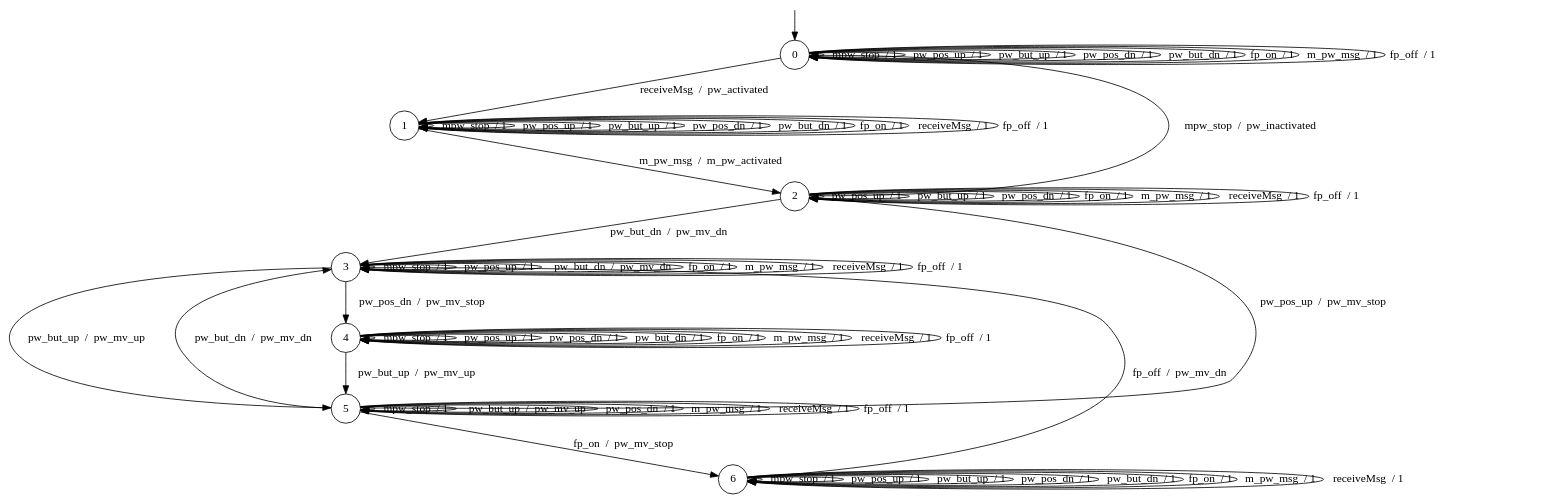
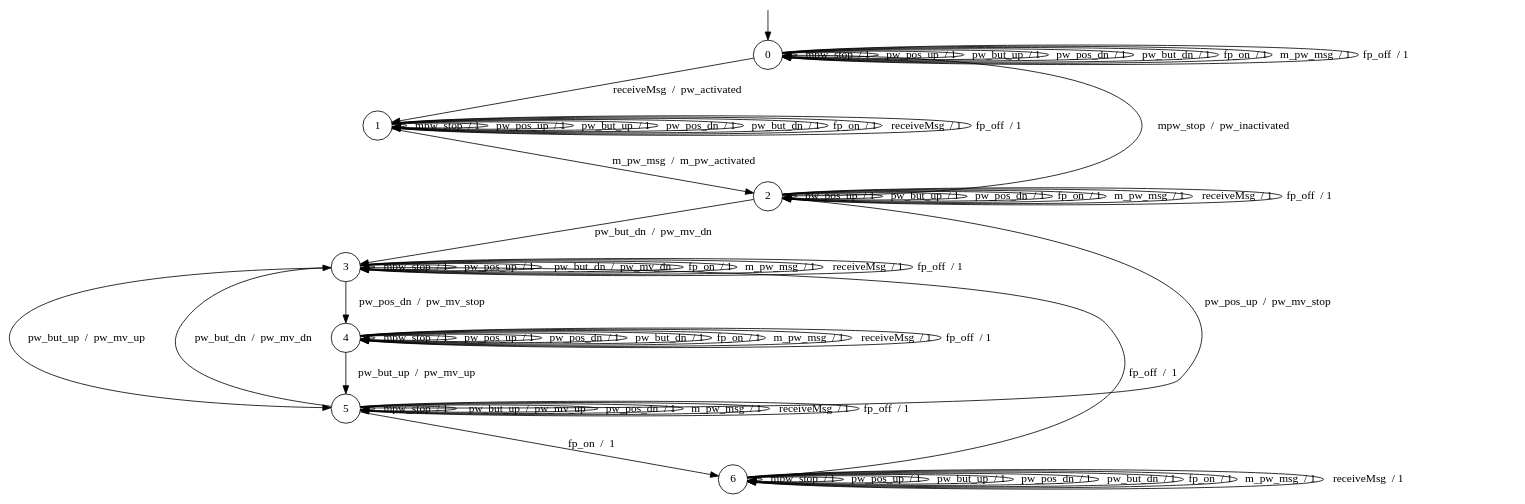
The diagram in Real-Tests/resources/Synchs/4/4_1_BCS_MPW.dot (AryanBastani/SCL-Star), drawn with Graphviz before and after one commit. The commit also changed 15 other files, not shown here.

```diff
--- a/Real-Tests/resources/Synchs/4/4_1_BCS_MPW.dot
+++ b/Real-Tests/resources/Synchs/4/4_1_BCS_MPW.dot
@@ -1,77 +1,77 @@
 digraph g {
 
 	s0 [shape="circle" label="0"];
 	s1 [shape="circle" label="1"];
 	s2 [shape="circle" label="2"];
 	s3 [shape="circle" label="3"];
 	s4 [shape="circle" label="4"];
 	s5 [shape="circle" label="5"];
 	s6 [shape="circle" label="6"];
 	s0 -> s0 [label="mpw_stop  / 1"];
 	s0 -> s0 [label="pw_pos_up  / 1"];
 	s0 -> s0 [label="pw_but_up  / 1"];
 	s0 -> s0 [label="pw_pos_dn  / 1"];
 	s0 -> s0 [label="pw_but_dn  / 1"];
 	s0 -> s0 [label="fp_on  / 1"];
 	s0 -> s0 [label="m_pw_msg  / 1"];
 	s0 -> s1 [label="receiveMsg  /  pw_activated"];
 	s0 -> s0 [label="fp_off  / 1"];
 	s1 -> s1 [label="mpw_stop  / 1"];
 	s1 -> s1 [label="pw_pos_up  / 1"];
 	s1 -> s1 [label="pw_but_up  / 1"];
 	s1 -> s1 [label="pw_pos_dn  / 1"];
 	s1 -> s1 [label="pw_but_dn  / 1"];
 	s1 -> s1 [label="fp_on  / 1"];
 	s1 -> s2 [label="m_pw_msg  /  m_pw_activated"];
 	s1 -> s1 [label="receiveMsg  / 1"];
 	s1 -> s1 [label="fp_off  / 1"];
 	s2 -> s0 [label="mpw_stop  /  pw_inactivated"];
 	s2 -> s2 [label="pw_pos_up  / 1"];
 	s2 -> s2 [label="pw_but_up  / 1"];
 	s2 -> s2 [label="pw_pos_dn  / 1"];
 	s2 -> s3 [label="pw_but_dn  /  pw_mv_dn"];
 	s2 -> s2 [label="fp_on  / 1"];
 	s2 -> s2 [label="m_pw_msg  / 1"];
 	s2 -> s2 [label="receiveMsg  / 1"];
 	s2 -> s2 [label="fp_off  / 1"];
 	s3 -> s3 [label="mpw_stop  / 1"];
 	s3 -> s3 [label="pw_pos_up  / 1"];
 	s3 -> s5 [label="pw_but_up  /  pw_mv_up"];
 	s3 -> s4 [label="pw_pos_dn  /  pw_mv_stop"];
 	s3 -> s3 [label="pw_but_dn  /  pw_mv_dn"];
 	s3 -> s3 [label="fp_on  / 1"];
 	s3 -> s3 [label="m_pw_msg  / 1"];
 	s3 -> s3 [label="receiveMsg  / 1"];
 	s3 -> s3 [label="fp_off  / 1"];
 	s4 -> s4 [label="mpw_stop  / 1"];
 	s4 -> s4 [label="pw_pos_up  / 1"];
 	s4 -> s5 [label="pw_but_up  /  pw_mv_up"];
 	s4 -> s4 [label="pw_pos_dn  / 1"];
 	s4 -> s4 [label="pw_but_dn  / 1"];
 	s4 -> s4 [label="fp_on  / 1"];
 	s4 -> s4 [label="m_pw_msg  / 1"];
 	s4 -> s4 [label="receiveMsg  / 1"];
 	s4 -> s4 [label="fp_off  / 1"];
 	s5 -> s5 [label="mpw_stop  / 1"];
 	s5 -> s2 [label="pw_pos_up  /  pw_mv_stop"];
 	s5 -> s5 [label="pw_but_up  /  pw_mv_up"];
 	s5 -> s5 [label="pw_pos_dn  / 1"];
 	s5 -> s3 [label="pw_but_dn  /  pw_mv_dn"];
-	s5 -> s6 [label="fp_on  /  pw_mv_stop"];
+	s5 -> s6 [label="fp_on  /  1"];
 	s5 -> s5 [label="m_pw_msg  / 1"];
 	s5 -> s5 [label="receiveMsg  / 1"];
 	s5 -> s5 [label="fp_off  / 1"];
 	s6 -> s6 [label="mpw_stop  / 1"];
 	s6 -> s6 [label="pw_pos_up  / 1"];
 	s6 -> s6 [label="pw_but_up  / 1"];
 	s6 -> s6 [label="pw_pos_dn  / 1"];
 	s6 -> s6 [label="pw_but_dn  / 1"];
 	s6 -> s6 [label="fp_on  / 1"];
 	s6 -> s6 [label="m_pw_msg  / 1"];
 	s6 -> s6 [label="receiveMsg  / 1"];
-	s6 -> s3 [label="fp_off  /  pw_mv_dn"];
+	s6 -> s3 [label="fp_off  /  1"];
 
 __start0 [label="" shape="none" width="0" height="0"];
 __start0 -> s0;
 
 }
```
